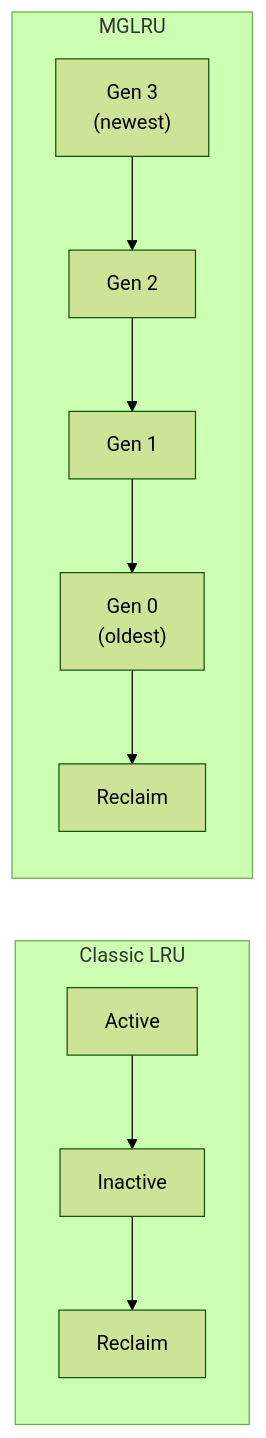
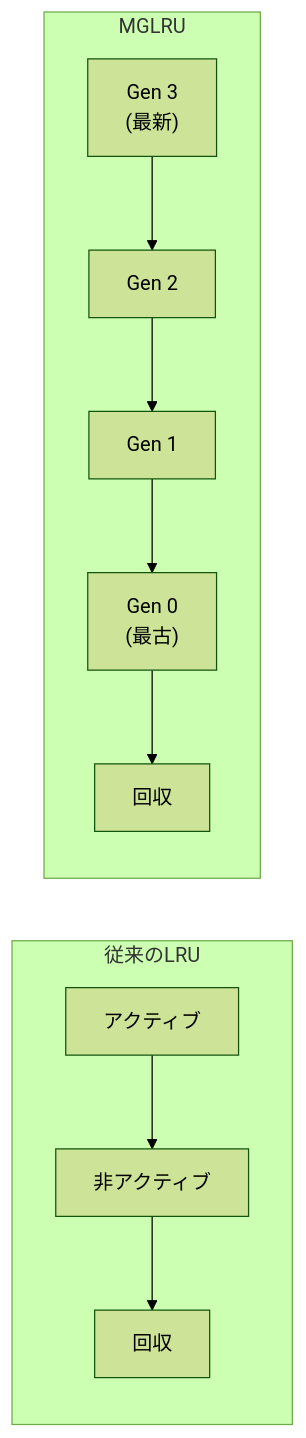
The sixth of 15 diagrams in docs/mm/life-of-page.md (doguto/linux-kernel-internals-jp), drawn with Mermaid (forest theme) before and after one commit. The commit also changed other lines of this file and 27 other files, not shown here.

````diff
--- a/docs/mm/life-of-page.md
+++ b/docs/mm/life-of-page.md
@@ -204,11 +204,11 @@
 ```mermaid
 flowchart LR
-    subgraph classic["Classic LRU"]
-        CA["Active"] --> CI["Inactive"] --> CR["Reclaim"]
+    subgraph classic["従来のLRU"]
+        CA["アクティブ"] --> CI["非アクティブ"] --> CR["回収"]
     end
 
     subgraph mglru["MGLRU"]
-        G3["Gen 3<br/>(newest)"] --> G2["Gen 2"] --> G1["Gen 1"] --> G0["Gen 0<br/>(oldest)"]
-        G0 --> MR["Reclaim"]
+        G3["Gen 3<br/>(最新)"] --> G2["Gen 2"] --> G1["Gen 1"] --> G0["Gen 0<br/>(最古)"]
+        G0 --> MR["回収"]
     end
 ```
````
